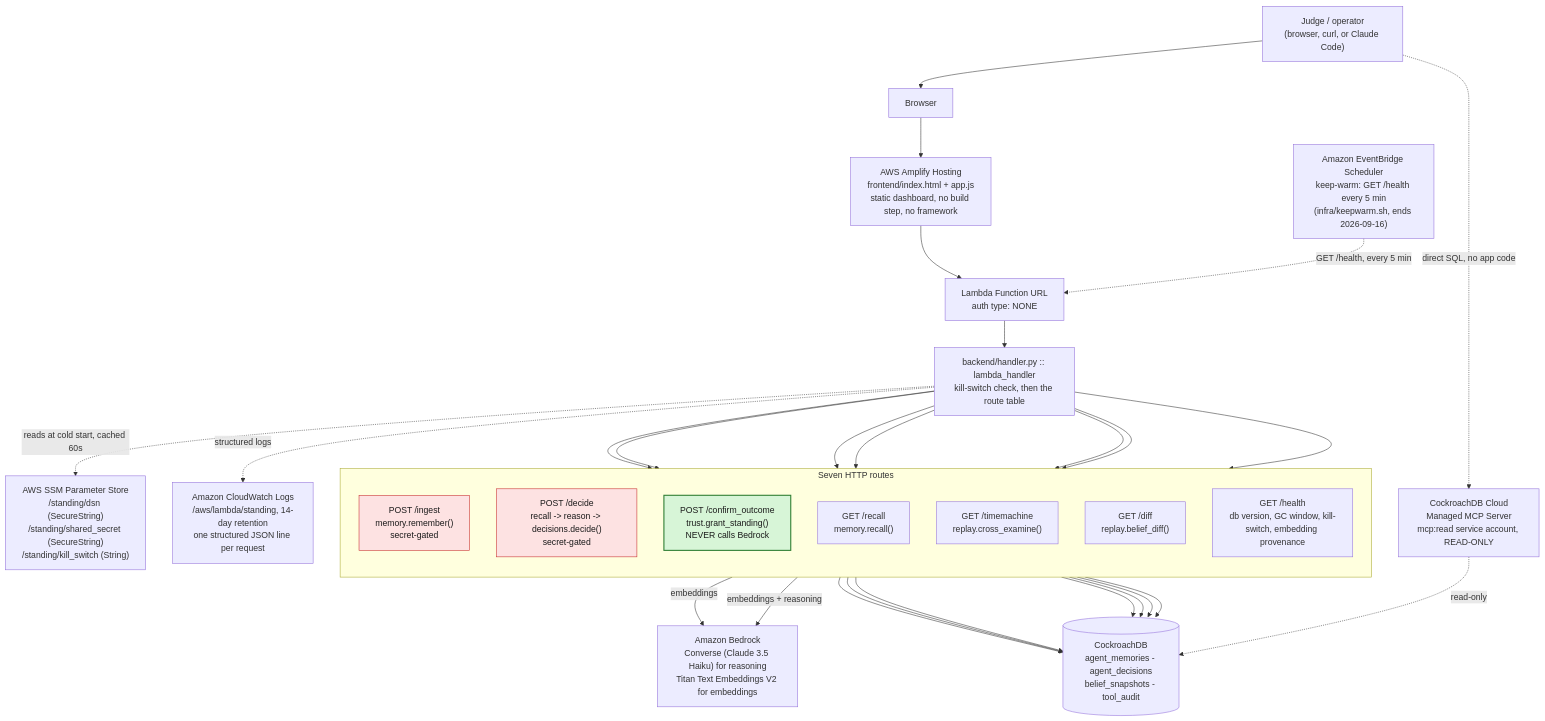
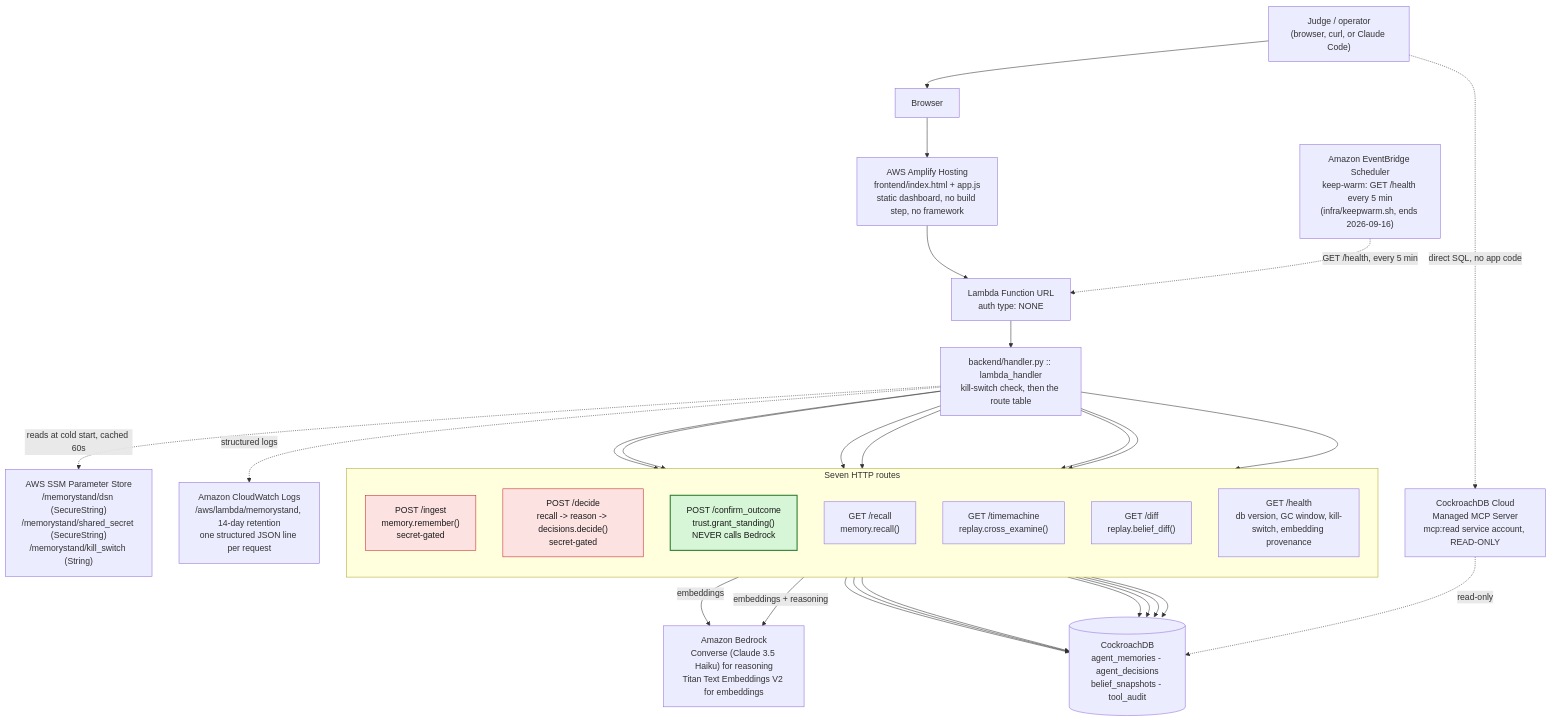
The first of 2 diagrams in ARCHITECTURE.md (tomyimkc/memorystand), drawn with Mermaid before and after one commit. The commit also changed other lines of this file and 30 other files, not shown here.

````diff
--- a/ARCHITECTURE.md
+++ b/ARCHITECTURE.md
@@ -9,52 +9,52 @@
 ```mermaid
 flowchart TB
     Judge["Judge / operator<br/>(browser, curl, or Claude Code)"]
     Browser["Browser"]
     Amplify["AWS Amplify Hosting<br/>frontend/index.html + app.js<br/>static dashboard, no build step, no framework"]
     FnURL["Lambda Function URL<br/>auth type: NONE"]
     Handler["backend/handler.py :: lambda_handler<br/>kill-switch check, then the route table"]
 
     subgraph Routes["Seven HTTP routes"]
         direction TB
         Ingest["POST /ingest<br/>memory.remember()<br/>secret-gated"]
         Decide["POST /decide<br/>recall -> reason -> decisions.decide()<br/>secret-gated"]
         Confirm["POST /confirm_outcome<br/>trust.grant_standing()<br/>NEVER calls Bedrock"]
         Recall["GET /recall<br/>memory.recall()"]
         TimeMachine["GET /timemachine<br/>replay.cross_examine()"]
         Diff["GET /diff<br/>replay.belief_diff()"]
         Health["GET /health<br/>db version, GC window, kill-switch, embedding provenance"]
     end
 
     Bedrock["Amazon Bedrock<br/>Converse (Claude 3.5 Haiku) for reasoning<br/>Titan Text Embeddings V2 for embeddings"]
     CRDB[("CockroachDB<br/>agent_memories - agent_decisions<br/>belief_snapshots - tool_audit")]
-    SSM["AWS SSM Parameter Store<br/>/standing/dsn (SecureString)<br/>/standing/shared_secret (SecureString)<br/>/standing/kill_switch (String)"]
-    CW["Amazon CloudWatch Logs<br/>/aws/lambda/standing, 14-day retention<br/>one structured JSON line per request"]
+    SSM["AWS SSM Parameter Store<br/>/memorystand/dsn (SecureString)<br/>/memorystand/shared_secret (SecureString)<br/>/memorystand/kill_switch (String)"]
+    CW["Amazon CloudWatch Logs<br/>/aws/lambda/memorystand, 14-day retention<br/>one structured JSON line per request"]
     EB["Amazon EventBridge Scheduler<br/>keep-warm: GET /health every 5 min<br/>(infra/keepwarm.sh, ends 2026-09-16)"]
     MCP["CockroachDB Cloud<br/>Managed MCP Server<br/>mcp:read service account, READ-ONLY"]
 
     Judge --> Browser --> Amplify --> FnURL --> Handler
     Handler --> Ingest & Decide & Confirm & Recall & TimeMachine & Diff & Health
 
     Ingest -- embeddings --> Bedrock
     Decide -- "embeddings + reasoning" --> Bedrock
 
     Ingest --> CRDB
     Decide --> CRDB
     Confirm --> CRDB
     Recall --> CRDB
     TimeMachine --> CRDB
     Diff --> CRDB
     Health --> CRDB
 
     Handler -. "reads at cold start, cached 60s" .-> SSM
     Handler -. "structured logs" .-> CW
     EB -. "GET /health, every 5 min" .-> FnURL
 
     Judge -. "direct SQL, no app code" .-> MCP
     MCP -. "read-only" .-> CRDB
 
     classDef modelFree fill:#d7f5d7,stroke:#2e7d32,stroke-width:2px,color:#1b1b1b
     classDef bedrockTouching fill:#fde2e2,stroke:#c62828,stroke-width:1px,color:#1b1b1b
     class Confirm modelFree
     class Ingest,Decide bedrockTouching
 ```
````
